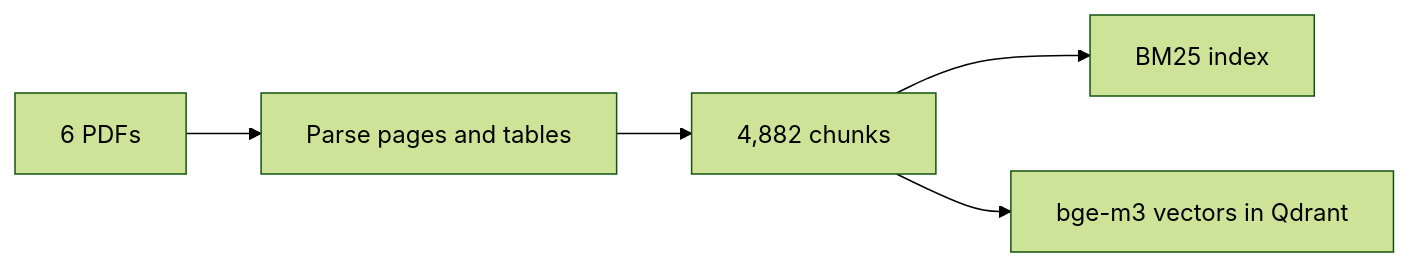
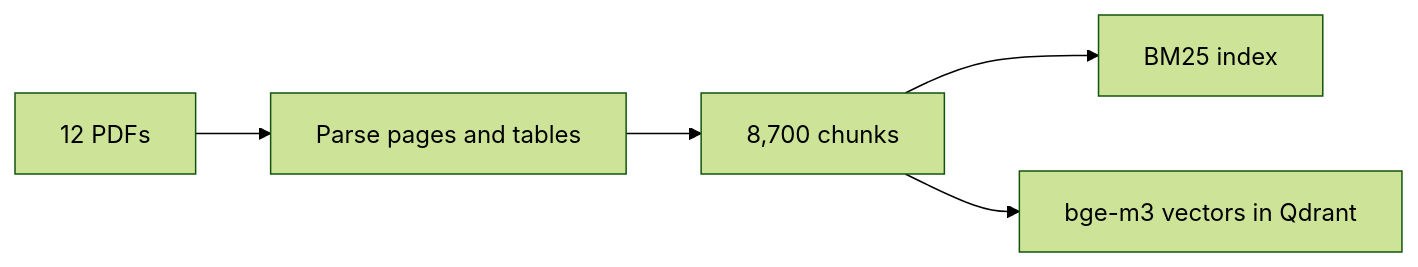
The first of 2 diagrams in README.md (AndersHenriksen-dev/nordic-bank-report-rag), drawn with Mermaid (forest theme) before and after one commit. The commit also changed other lines of this file and 23 other files, not shown here.

````diff
--- a/README.md
+++ b/README.md
@@ -38,7 +38,7 @@
 ```mermaid
 flowchart LR
-    P[6 PDFs] --> PA[Parse pages and tables]
-    PA --> CH[4,882 chunks]
+    P[12 PDFs] --> PA[Parse pages and tables]
+    PA --> CH[8,700 chunks]
     CH --> BM[BM25 index]
     CH --> QD[bge-m3 vectors in Qdrant]
 ```
````
